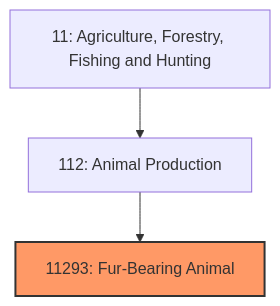
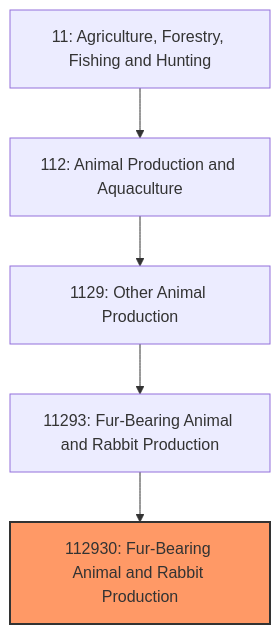
Before and after one commit to kziemski/business.org.ai: the first of 3 diagrams in industries/Agriculture/AnimalProduction/FurbearingAnimal.mdx, drawn with Mermaid. The commit also changed other lines of this file and 67 other files, not shown here.

````diff
--- a/industries/Agriculture/AnimalProduction/FurbearingAnimal.mdx
+++ b/industries/Agriculture/AnimalProduction/FurbearingAnimal.mdx
@@ -20,7 +34,9 @@
 ```mermaid
 graph TD
     S11["11: Agriculture, Forestry, Fishing and Hunting"]
-    S11 --> N112["112: Animal Production"]
-    N112 --> N11293["11293: Fur-Bearing Animal"]
-    style N11293 fill:#f96,stroke:#333,stroke-width:2px
+    S11 --> N112["112: Animal Production and Aquaculture"]
+    N112 --> N1129["1129: Other Animal Production"]
+    N1129 --> N11293["11293: Fur-Bearing Animal and Rabbit Production"]
+    N11293 --> N112930["112930: Fur-Bearing Animal and Rabbit Production"]
+    style N112930 fill:#f96,stroke:#333,stroke-width:2px
 ```
````
